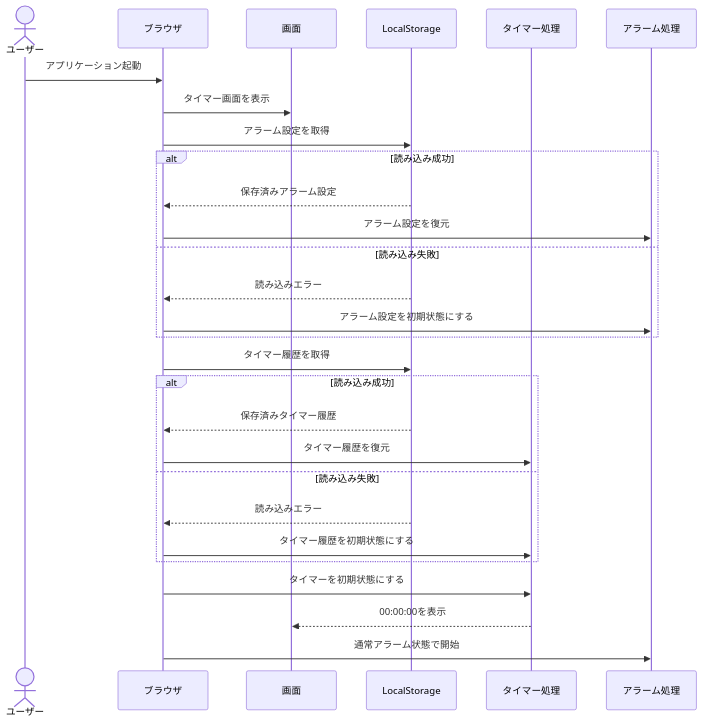
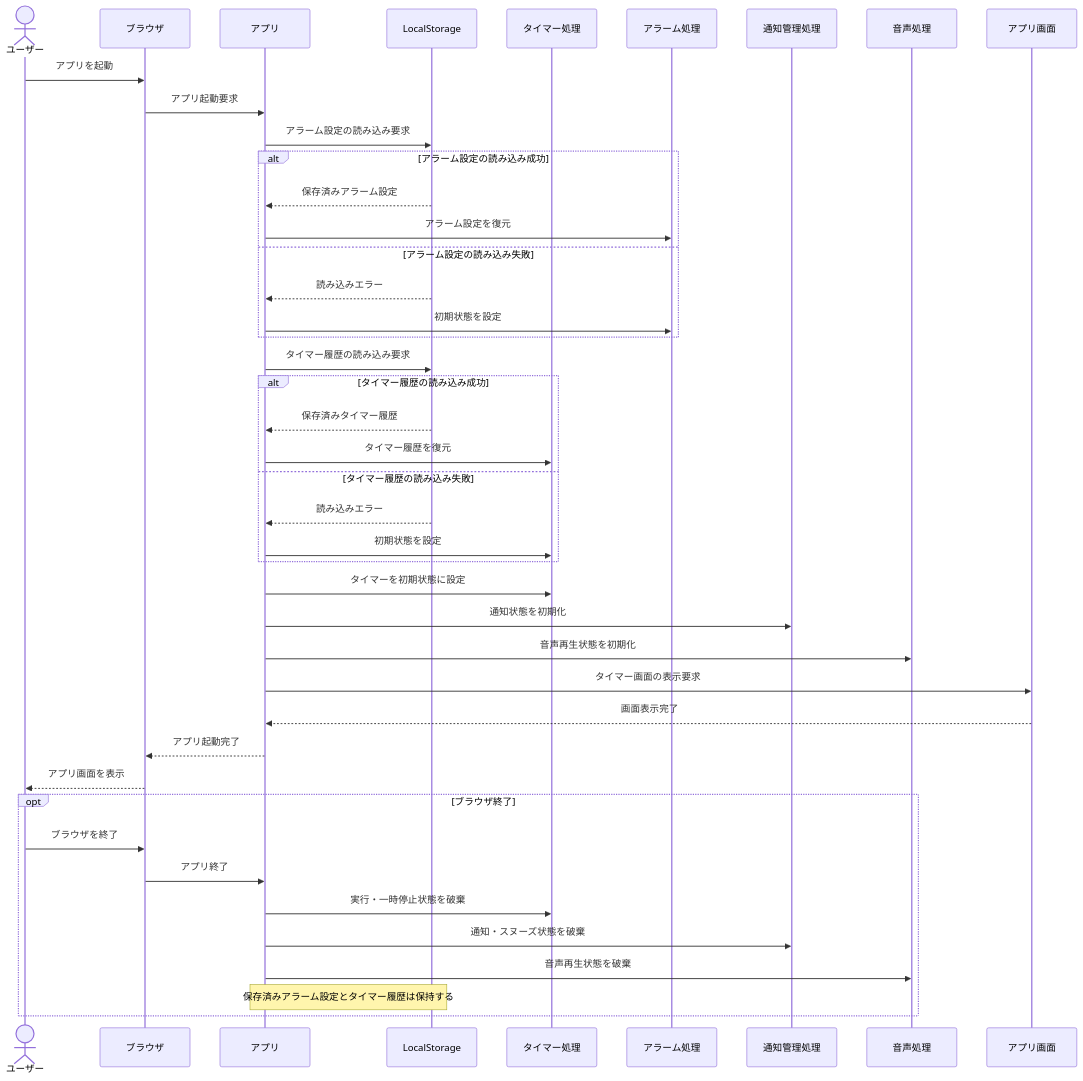
One commit to shun62201234-crypto/timerApplication changed the fourth of 4 diagrams in document/設計/シーケンス図/共通シーケンス図.md. Above: the diagram before and after it, drawn with Mermaid. The commit also changed other lines of this file, not shown here.

First line of the commit message:
共通シーケンス図修正

````diff
--- a/document/設計/シーケンス図/共通シーケンス図.md
+++ b/document/設計/シーケンス図/共通シーケンス図.md
@@ -108,37 +143,51 @@
 ```mermaid
 sequenceDiagram
-    actor ユーザー
+    actor User as ユーザー
     participant Browser as ブラウザ
-    participant UI as 画面
+    participant App as アプリ
     participant Storage as LocalStorage
     participant Timer as タイマー処理
     participant Alarm as アラーム処理
+    participant Notify as 通知管理処理
+    participant Audio as 音声処理
+    participant UI as アプリ画面
 
-    ユーザー->>Browser: アプリケーション起動
-    Browser->>UI: タイマー画面を表示
+    User->>Browser: アプリを起動
+    Browser->>App: アプリ起動要求
+    App->>Storage: アラーム設定の読み込み要求
 
-    Browser->>Storage: アラーム設定を取得
-
-    alt 読み込み成功
-        Storage-->>Browser: 保存済みアラーム設定
-        Browser->>Alarm: アラーム設定を復元
-    else 読み込み失敗
-        Storage-->>Browser: 読み込みエラー
-        Browser->>Alarm: アラーム設定を初期状態にする
+    alt アラーム設定の読み込み成功
+        Storage-->>App: 保存済みアラーム設定
+        App->>Alarm: アラーム設定を復元
+    else アラーム設定の読み込み失敗
+        Storage-->>App: 読み込みエラー
+        App->>Alarm: 初期状態を設定
     end
 
-    Browser->>Storage: タイマー履歴を取得
+    App->>Storage: タイマー履歴の読み込み要求
 
-    alt 読み込み成功
-        Storage-->>Browser: 保存済みタイマー履歴
-        Browser->>Timer: タイマー履歴を復元
-    else 読み込み失敗
-        Storage-->>Browser: 読み込みエラー
-        Browser->>Timer: タイマー履歴を初期状態にする
+    alt タイマー履歴の読み込み成功
+        Storage-->>App: 保存済みタイマー履歴
+        App->>Timer: タイマー履歴を復元
+    else タイマー履歴の読み込み失敗
+        Storage-->>App: 読み込みエラー
+        App->>Timer: 初期状態を設定
     end
 
-    Browser->>Timer: タイマーを初期状態にする
-    Timer-->>UI: 00:00:00を表示
+    App->>Timer: タイマーを初期状態に設定
+    App->>Notify: 通知状態を初期化
+    App->>Audio: 音声再生状態を初期化
+    App->>UI: タイマー画面の表示要求
+    UI-->>App: 画面表示完了
+    App-->>Browser: アプリ起動完了
+    Browser-->>User: アプリ画面を表示
 
-    Browser->>Alarm: 通常アラーム状態で開始
+    opt ブラウザ終了
+        User->>Browser: ブラウザを終了
+        Browser->>App: アプリ終了
+        App->>Timer: 実行・一時停止状態を破棄
+        App->>Notify: 通知・スヌーズ状態を破棄
+        App->>Audio: 音声再生状態を破棄
+        Note over App,Storage: 保存済みアラーム設定とタイマー履歴は保持する
+    end
 ```
````
